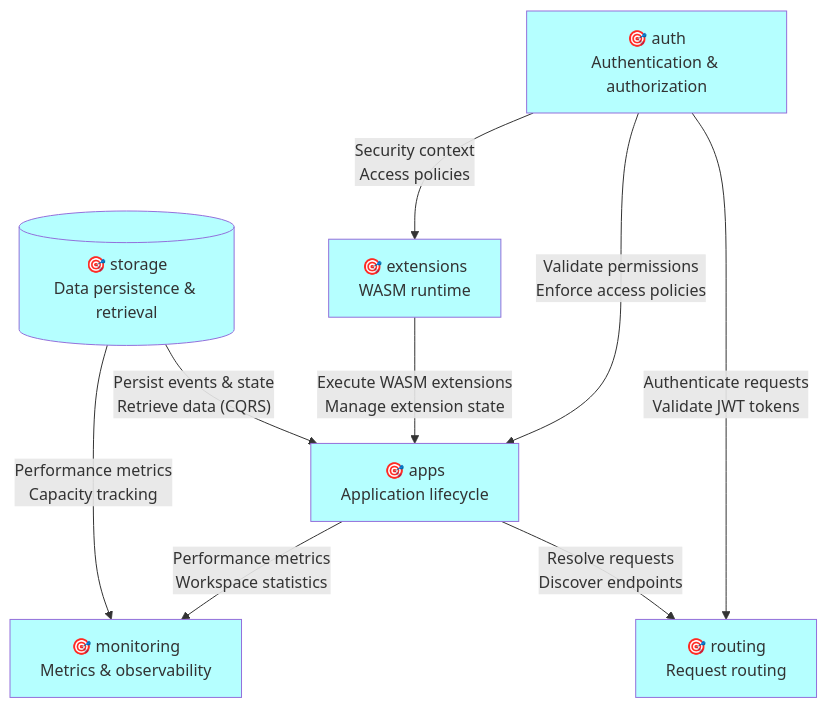
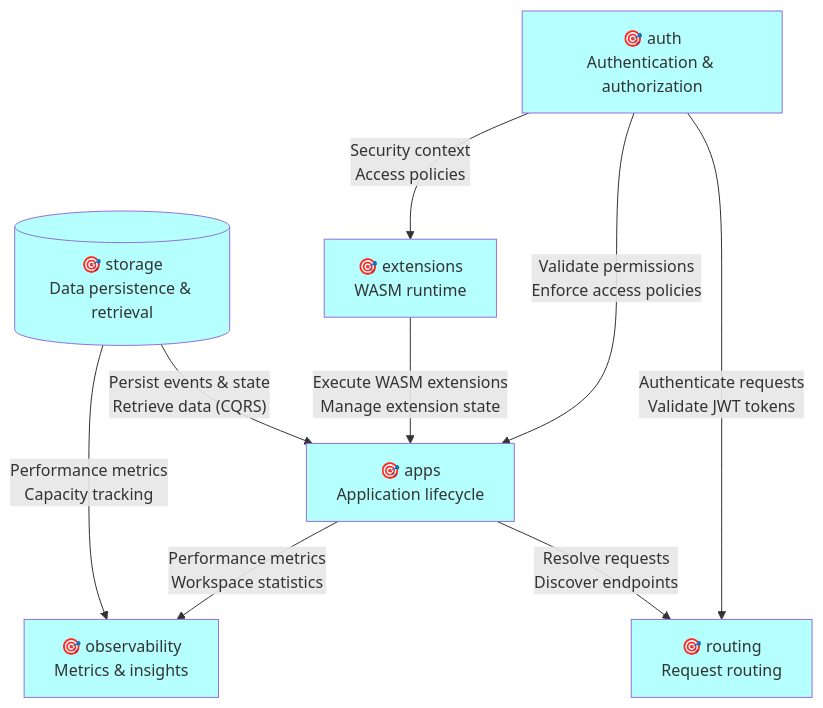
One commit to voedger/voedger changed the diagram in uspecs/specs/prod/prod--domain.md. Above: the diagram before and after it, drawn with Mermaid. The commit also changed other lines of this file and 60 other files, not shown here.

````diff
--- a/uspecs/specs/prod/prod--domain.md
+++ b/uspecs/specs/prod/prod--domain.md
@@ -28,20 +28,20 @@
 ```mermaid
 flowchart TB
     storage[("🎯 storage<br/>Data persistence & retrieval")]:::S
     apps["🎯 apps<br/>Application lifecycle"]:::S
     extensions["🎯 extensions<br/>WASM runtime"]:::S
     auth["🎯 auth<br/>Authentication & authorization"]:::S
     routing["🎯 routing<br/>Request routing"]:::S
-    monitoring["🎯 monitoring<br/>Metrics & observability"]:::S
+    observability["🎯 observability<br/>Metrics & insights"]:::S
 
     storage -->|"Persist events & state<br/>Retrieve data (CQRS)"| apps
     extensions -->|"Execute WASM extensions<br/>Manage extension state"| apps
     auth -->|"Validate permissions<br/>Enforce access policies"| apps
     apps -->|"Resolve requests<br/>Discover endpoints"| routing
     auth -->|"Authenticate requests<br/>Validate JWT tokens"| routing
-    storage -->|"Performance metrics<br/>Capacity tracking"| monitoring
-    apps -->|"Performance metrics<br/>Workspace statistics"| monitoring
+    storage -->|"Performance metrics<br/>Capacity tracking"| observability
+    apps -->|"Performance metrics<br/>Workspace statistics"| observability
     auth -->|"Security context<br/>Access policies"| extensions
 
     classDef S fill:#B5FFFF,color:#333
 ```
````
